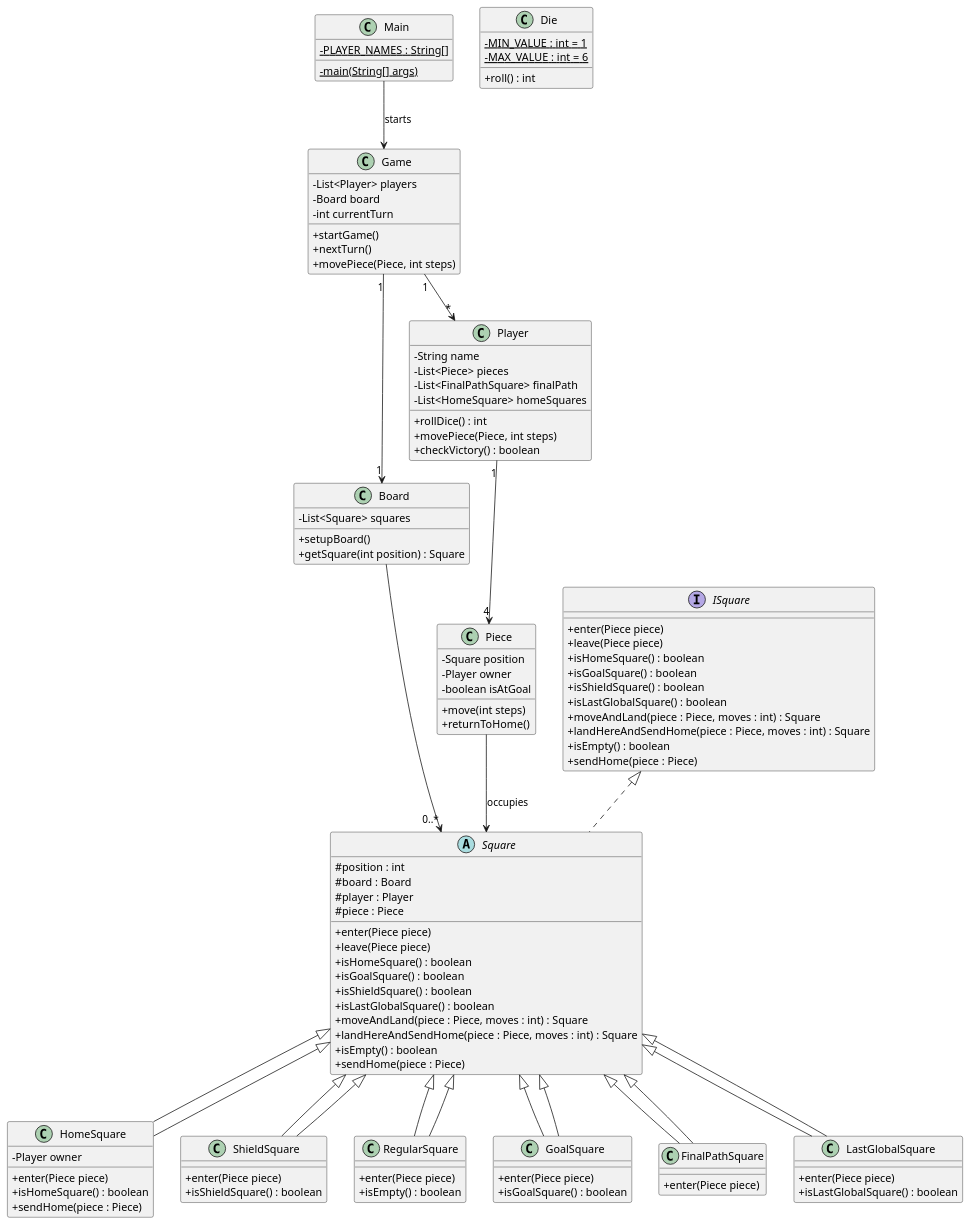
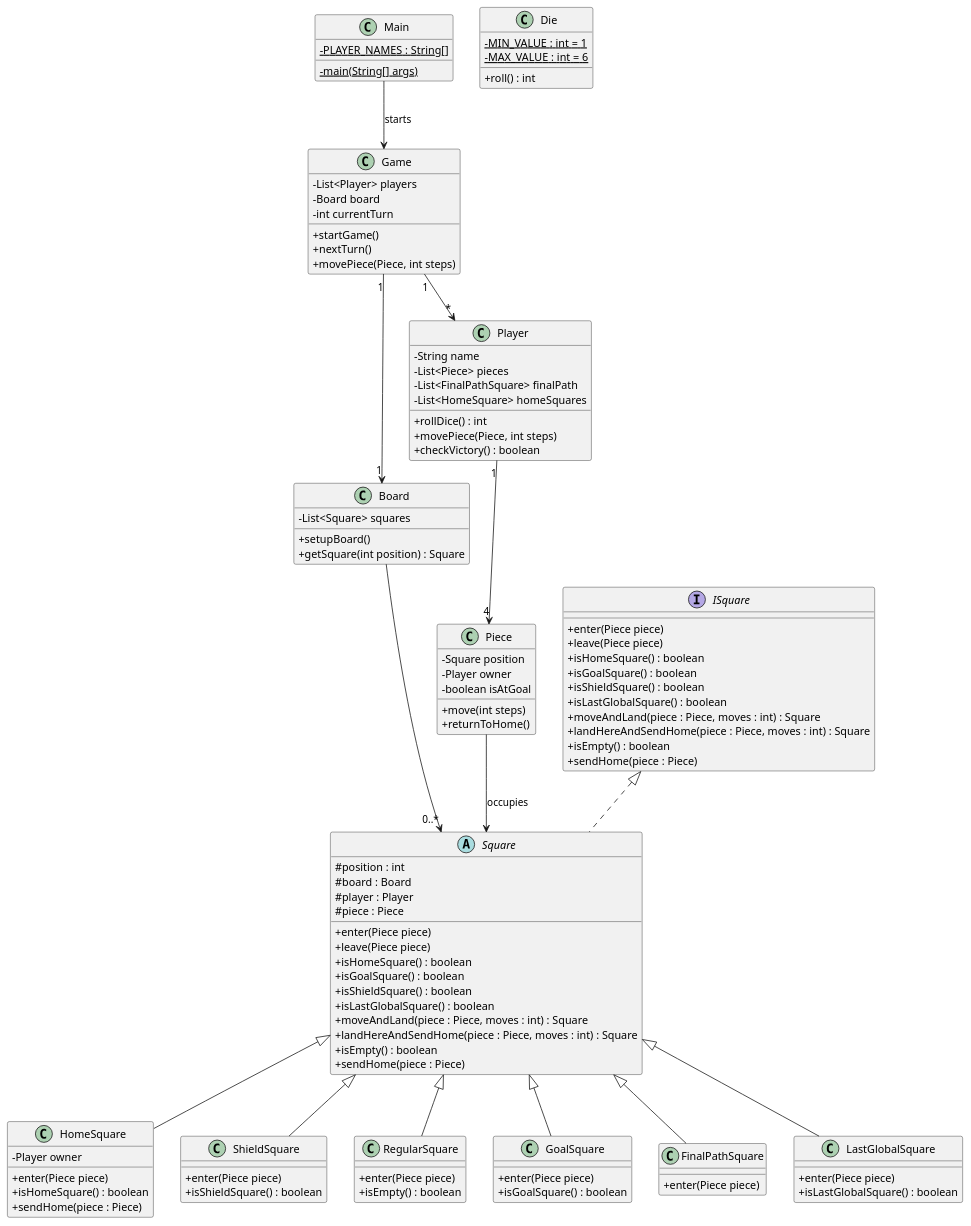
One commit to YssfDevOps/Parchis-TQS changed the diagram in src/LudoDiagramClass.puml. Above: the diagram before and after it, drawn with PlantUML. The commit also changed 21 other files, not shown here.

```diff
--- a/src/LudoDiagramClass.puml
+++ b/src/LudoDiagramClass.puml
@@ -1,123 +1,117 @@
 @startuml
 skinparam classAttributeIconSize 0
 
 class Main {
 - {static} PLAYER_NAMES : String[]
 - {static} main(String[] args)
 }
 
 class Game {
     - List<Player> players
     - Board board
     - int currentTurn
     + startGame()
     + nextTurn()
     + movePiece(Piece, int steps)
 }
 
 class Board {
     - List<Square> squares
     + setupBoard()
     + getSquare(int position) : Square
 }
 
 class Piece {
     - Square position
     - Player owner
     - boolean isAtGoal
     + move(int steps)
     + returnToHome()
 }
 
 class Player {
     - String name
     - List<Piece> pieces
     - List<FinalPathSquare> finalPath
     - List<HomeSquare> homeSquares
     + rollDice() : int
     + movePiece(Piece, int steps)
     + checkVictory() : boolean
 }
 
 class Die {
     - {static} MIN_VALUE : int = 1
     - {static} MAX_VALUE : int = 6
     + roll() : int
 }
 
 interface ISquare {
     + enter(Piece piece)
     + leave(Piece piece)
     + isHomeSquare() : boolean
     + isGoalSquare() : boolean
     + isShieldSquare() : boolean
     + isLastGlobalSquare() : boolean
     + moveAndLand(piece : Piece, moves : int) : Square
     + landHereAndSendHome(piece : Piece, moves : int) : Square
     + isEmpty() : boolean
     + sendHome(piece : Piece)
 }
 
 abstract class Square implements ISquare {
     # position : int
     # board : Board
     # player : Player
     # piece : Piece
 
 
     + enter(Piece piece)
     + leave(Piece piece)
     + isHomeSquare() : boolean
     + isGoalSquare() : boolean
     + isShieldSquare() : boolean
     + isLastGlobalSquare() : boolean
     + moveAndLand(piece : Piece, moves : int) : Square
     + landHereAndSendHome(piece : Piece, moves : int) : Square
     + isEmpty() : boolean
     + sendHome(piece : Piece)
 }
 
 class HomeSquare extends Square {
     - Player owner
     + enter(Piece piece)
     + isHomeSquare() : boolean
     + sendHome(piece : Piece)
 }
 
 class ShieldSquare extends Square {
     + enter(Piece piece)
     + isShieldSquare() : boolean
 }
 
 class RegularSquare extends Square {
     + enter(Piece piece)
     + isEmpty() : boolean
 }
 
 class GoalSquare extends Square {
     + enter(Piece piece)
     + isGoalSquare() : boolean
 }
 
 class FinalPathSquare extends Square {
     + enter(Piece piece)
 }
 
 class LastGlobalSquare extends Square {
     + enter(Piece piece)
     + isLastGlobalSquare() : boolean
 }
 Main --> Game : starts
 Game "1" --> "*" Player
 Game "1" --> "1" Board
 Player "1" --> "4" Piece
 Piece --> Square : occupies
 Board --> "0..*" Square
-Square <|-- HomeSquare
-Square <|-- ShieldSquare
-Square <|-- RegularSquare
-Square <|-- GoalSquare
-Square <|-- FinalPathSquare
-Square <|-- LastGlobalSquare
 
 @enduml
```
